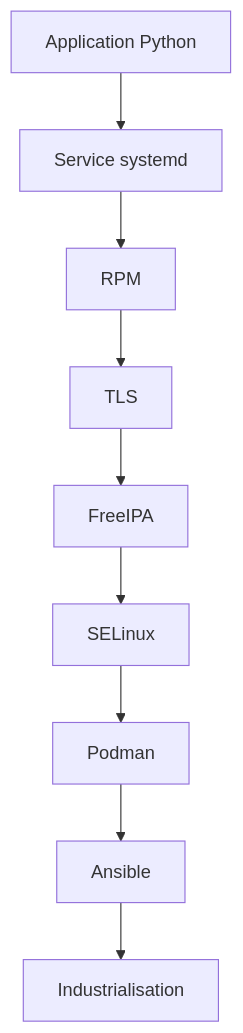
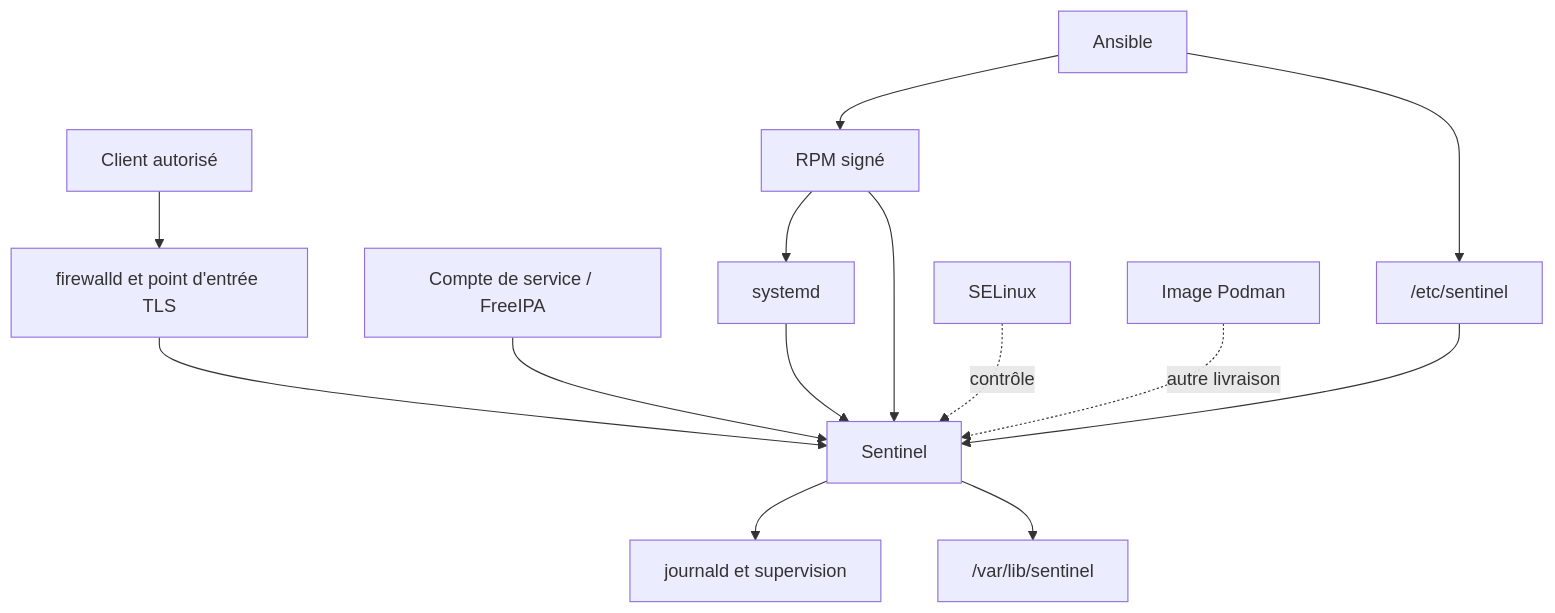
One commit to tdelaclos/formations changed the second of 7 diagrams in campagne 1/1.10-creation-laboratoire-sentinel.md. Above: the diagram before and after it, drawn with Mermaid. The commit also changed other lines of this file and 10 other files, not shown here.

````diff
--- a/campagne 1/1.10-creation-laboratoire-sentinel.md
+++ b/campagne 1/1.10-creation-laboratoire-sentinel.md
@@ -148,21 +72,16 @@
 ```mermaid
-flowchart TD
-
-A["Application Python"]
-
-A --> B["Service systemd"]
-
-B --> C["RPM"]
-
-C --> D["TLS"]
-
-D --> E["FreeIPA"]
-
-E --> F["SELinux"]
-
-F --> G["Podman"]
-
-G --> H["Ansible"]
-
-H --> I["Industrialisation"]
+flowchart TB
+    Client["Client autorisé"] --> Network["firewalld et point d'entrée TLS"]
+    Network --> App["Sentinel"]
+    Identity["Compte de service / FreeIPA"] --> App
+    Systemd["systemd"] --> App
+    App --> Journal["journald et supervision"]
+    App --> State["/var/lib/sentinel"]
+    Config["/etc/sentinel"] --> App
+    SELinux["SELinux"] -. contrôle .-> App
+    RPM["RPM signé"] --> Systemd
+    RPM --> App
+    Ansible["Ansible"] --> RPM
+    Ansible --> Config
+    Container["Image Podman"] -. autre livraison .-> App
 ```
````
